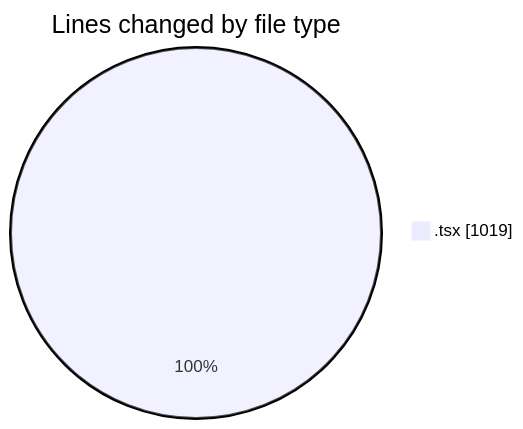
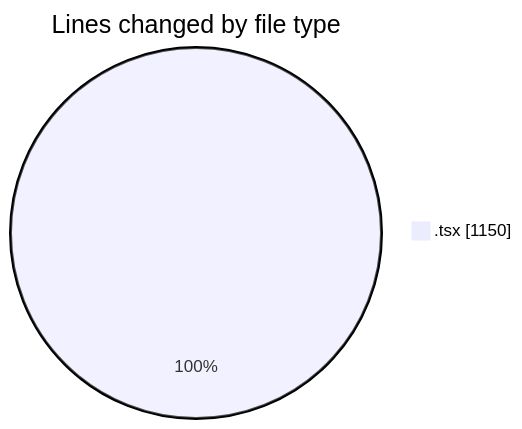
One commit to julien-gomy/code-tracking changed the first of 2 diagrams in 2025-10-10/eventscop-frontend-guide__workspace_/README.md. Above: the diagram before and after it, drawn with Mermaid. The commit also changed other lines of this file and 1 other file, not shown here.

````diff
--- a/2025-10-10/eventscop-frontend-guide__workspace_/README.md
+++ b/2025-10-10/eventscop-frontend-guide__workspace_/README.md
@@ -21,5 +21,5 @@
 ```mermaid
 pie showData
 title Lines changed by file type
-".tsx" : 1019
+".tsx" : 1150
 ```
````
